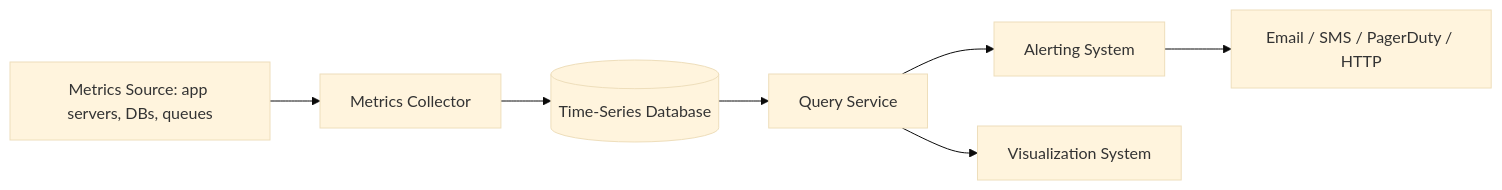
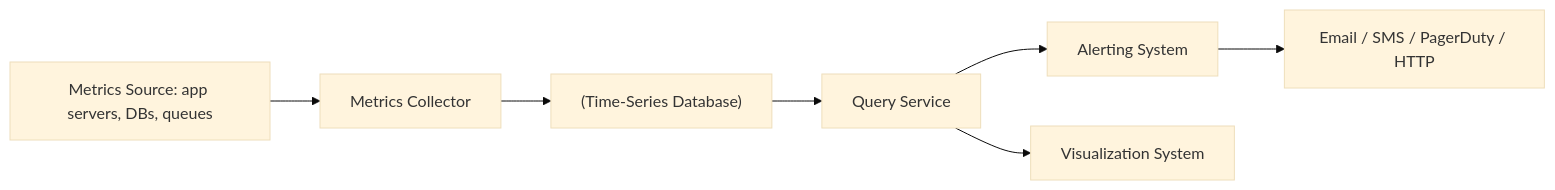
Before and after one commit to pankajThakur1874/studysheet: the first of 4 diagrams in files/Book-System-Design-Vol-2/05-metrics-monitoring-alerting.md, drawn with Mermaid (base theme). The commit also changed other lines of this file and 102 other files, not shown here.

Commit message:
Auto-fix Mermaid diagram syntax across all study guides to prevent Syntax Error in Mermaid v10

````diff
--- a/files/Book-System-Design-Vol-2/05-metrics-monitoring-alerting.md
+++ b/files/Book-System-Design-Vol-2/05-metrics-monitoring-alerting.md
@@ -37,9 +37,9 @@
 ```mermaid
 flowchart LR
-    MS[Metrics Source: app servers, DBs, queues] --> MC[Metrics Collector]
-    MC --> TSDB[(Time-Series Database)]
+    MS["Metrics Source: app servers, DBs, queues"] --> MC[Metrics Collector]
+    MC --> TSDB["(Time-Series Database)"]
     TSDB --> QS[Query Service]
     QS --> ALERT[Alerting System]
     QS --> VIZ[Visualization System]
-    ALERT --> CH[Email / SMS / PagerDuty / HTTP]
+    ALERT --> CH["Email / SMS / PagerDuty / HTTP"]
 ```
````
